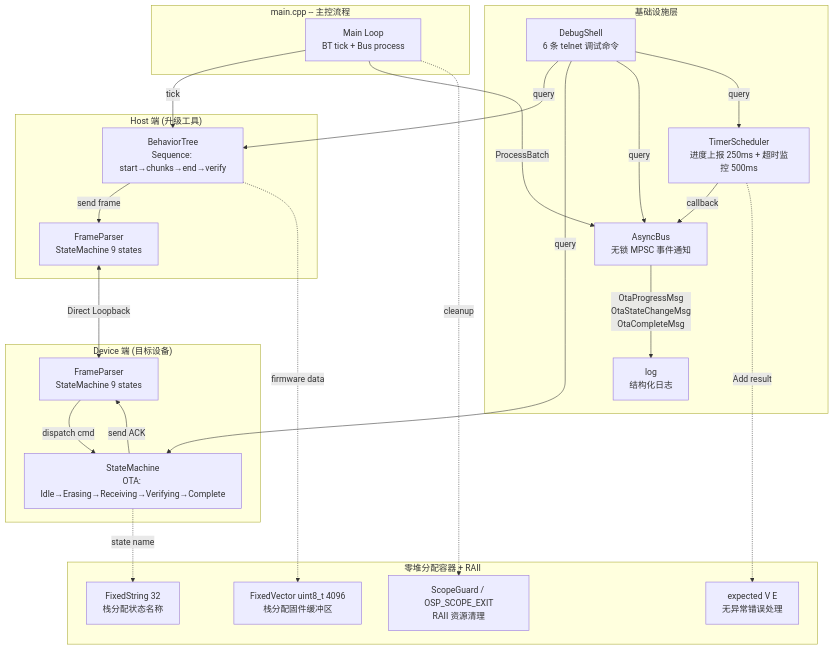
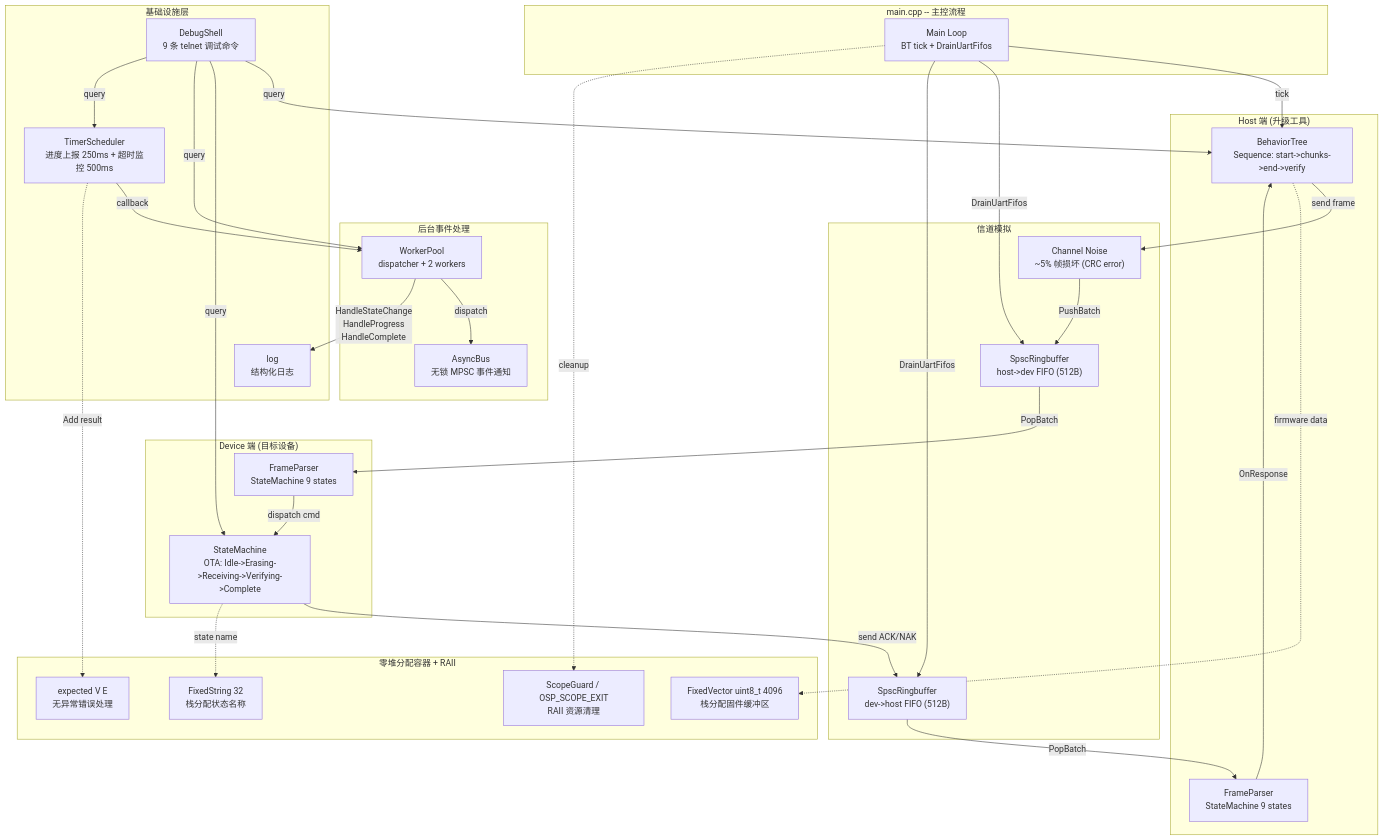
Before and after one commit to DeguiLiu/newosp: the first of 4 diagrams in examples/serial_ota/README.md, drawn with Mermaid. The commit also changed other lines of this file and 69 other files, not shown here.

First line of the commit message:
feat: ThreadWatchdog + RealtimeExecutor fix + WorkerPool FlushAndPause timeout

````diff
--- a/examples/serial_ota/README.md
+++ b/examples/serial_ota/README.md
@@ -11,49 +11,64 @@
 ```mermaid
 graph TB
     subgraph main["main.cpp -- 主控流程"]
-        MAIN_LOOP["Main Loop<br/>BT tick + Bus process"]
+        MAIN_LOOP["Main Loop<br/>BT tick + DrainUartFifos"]
     end
 
     subgraph host_side["Host 端 (升级工具)"]
-        BT["BehaviorTree<br/>Sequence: start→chunks→end→verify"]
+        BT["BehaviorTree<br/>Sequence: start->chunks->end->verify"]
         HP["FrameParser<br/>StateMachine 9 states"]
     end
 
+    subgraph channel["信道模拟"]
+        FIFO_HD["SpscRingbuffer<br/>host->dev FIFO (512B)"]
+        FIFO_DH["SpscRingbuffer<br/>dev->host FIFO (512B)"]
+        CORRUPT["Channel Noise<br/>~5% 帧损坏 (CRC error)"]
+    end
+
     subgraph device_side["Device 端 (目标设备)"]
-        SM["StateMachine<br/>OTA: Idle→Erasing→Receiving→Verifying→Complete"]
+        SM["StateMachine<br/>OTA: Idle->Erasing->Receiving->Verifying->Complete"]
         DP["FrameParser<br/>StateMachine 9 states"]
+    end
+
+    subgraph pool["后台事件处理"]
+        WP["WorkerPool<br/>dispatcher + 2 workers"]
+        BUS["AsyncBus<br/>无锁 MPSC 事件通知"]
     end
 
     subgraph infra["基础设施层"]
         TIMER["TimerScheduler<br/>进度上报 250ms + 超时监控 500ms"]
-        BUS["AsyncBus<br/>无锁 MPSC 事件通知"]
-        SHELL["DebugShell<br/>6 条 telnet 调试命令"]
+        SHELL["DebugShell<br/>9 条 telnet 调试命令"]
         LOG["log<br/>结构化日志"]
     end
 
     subgraph vocab["零堆分配容器 + RAII"]
         FV["FixedVector uint8_t 4096<br/>栈分配固件缓冲区"]
         FS["FixedString 32<br/>栈分配状态名称"]
         EXP["expected V E<br/>无异常错误处理"]
         SG["ScopeGuard / OSP_SCOPE_EXIT<br/>RAII 资源清理"]
     end
 
     MAIN_LOOP -->|tick| BT
-    MAIN_LOOP -->|ProcessBatch| BUS
-    BT -->|send frame| HP
-    HP <-->|Direct Loopback| DP
+    BT -->|send frame| CORRUPT
+    CORRUPT -->|PushBatch| FIFO_HD
+    MAIN_LOOP -->|DrainUartFifos| FIFO_HD
+    FIFO_HD -->|PopBatch| DP
     DP -->|dispatch cmd| SM
-    SM -->|send ACK| DP
+    SM -->|send ACK/NAK| FIFO_DH
+    MAIN_LOOP -->|DrainUartFifos| FIFO_DH
+    FIFO_DH -->|PopBatch| HP
+    HP -->|OnResponse| BT
 
-    TIMER -->|callback| BUS
-    BUS -->|OtaProgressMsg<br/>OtaStateChangeMsg<br/>OtaCompleteMsg| LOG
+    TIMER -->|callback| WP
+    WP -->|dispatch| BUS
+    WP -->|HandleStateChange<br/>HandleProgress<br/>HandleComplete| LOG
     SHELL -->|query| BT
     SHELL -->|query| SM
-    SHELL -->|query| BUS
+    SHELL -->|query| WP
     SHELL -->|query| TIMER
 
     BT -.->|firmware data| FV
     SM -.->|state name| FS
     TIMER -.->|Add result| EXP
     MAIN_LOOP -.->|cleanup| SG
 ```
````
